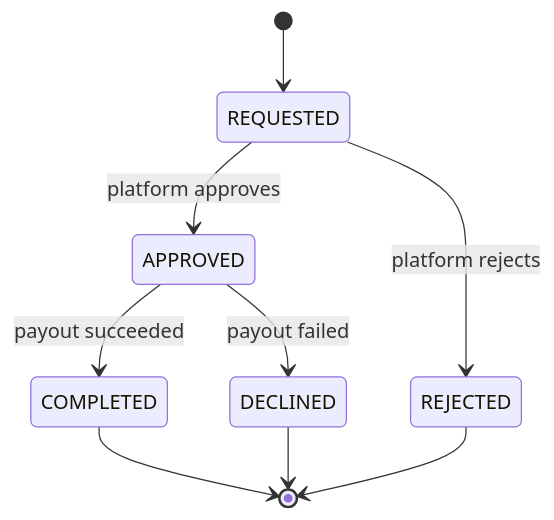
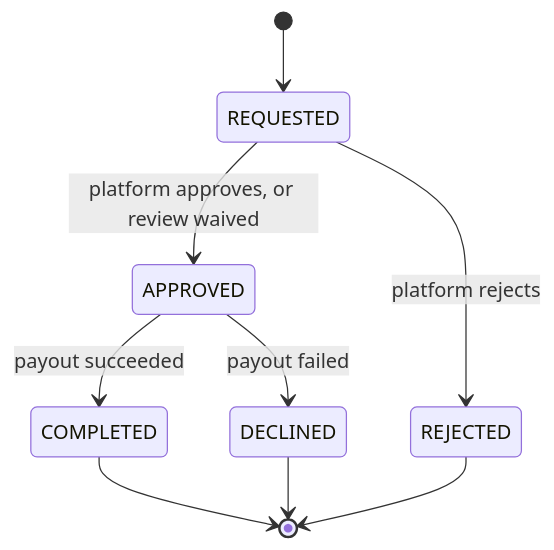
The second of 2 diagrams in docs/push-to-card.md (KumaaGroup/platform-apidocs), drawn with Mermaid before and after one commit. The commit also changed other lines of this file, not shown here.

First line of the commit message:
PN-980 Push-to-card review can be waived, and is in sandbox (#38)

````diff
--- a/docs/push-to-card.md
+++ b/docs/push-to-card.md
@@ -78,11 +78,11 @@
 ```mermaid
 stateDiagram-v2
     [*] --> REQUESTED
-    REQUESTED --> APPROVED: platform approves
+    REQUESTED --> APPROVED: platform approves, or review waived
     REQUESTED --> REJECTED: platform rejects
     APPROVED --> COMPLETED: payout succeeded
     APPROVED --> DECLINED: payout failed
     COMPLETED --> [*]
     DECLINED --> [*]
     REJECTED --> [*]
 ```
````
